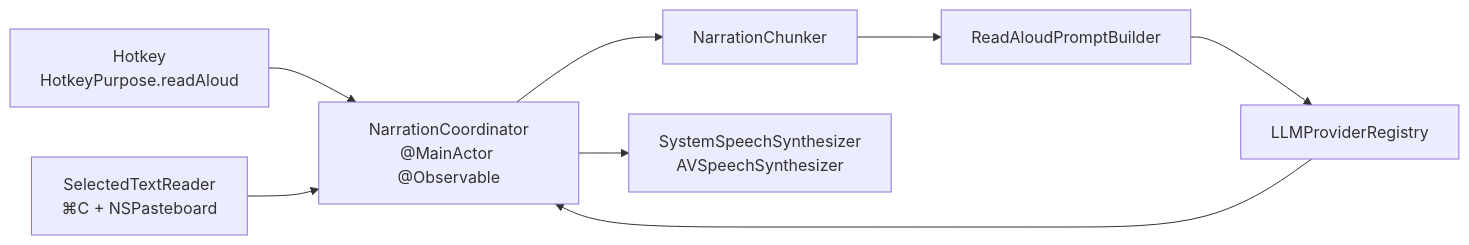
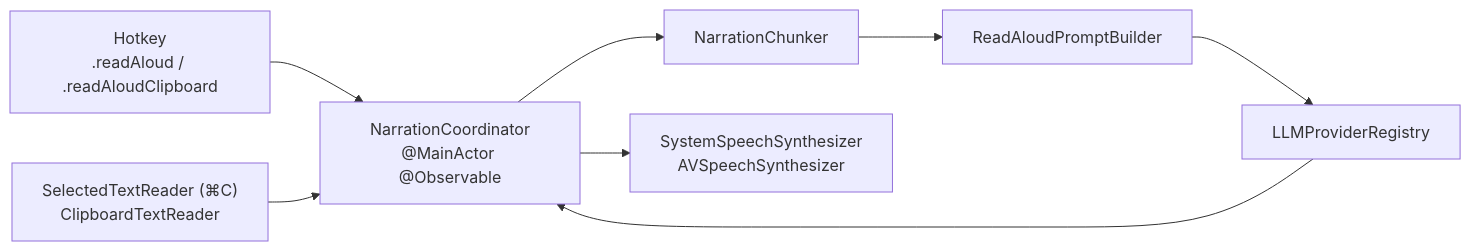
Before and after one commit to KumatoraTiger/voice-input: the third of 3 diagrams in docs/ARCHITECTURE.md, drawn with Mermaid. The commit also changed other lines of this file and 14 other files, not shown here.

````diff
--- a/docs/ARCHITECTURE.md
+++ b/docs/ARCHITECTURE.md
@@ -237,10 +237,10 @@
 ```mermaid
 flowchart LR
-    HK["Hotkey<br/>HotkeyPurpose.readAloud"] --> NC
-    SRC["SelectedTextReader<br/>⌘C + NSPasteboard"] --> NC
+    HK["Hotkey<br/>.readAloud / .readAloudClipboard"] --> NC
+    SRC["SelectedTextReader (⌘C)<br/>ClipboardTextReader"] --> NC
     NC["NarrationCoordinator<br/>@MainActor @Observable"] --> CH["NarrationChunker"]
     CH --> PB["ReadAloudPromptBuilder"]
     PB --> LLM["LLMProviderRegistry"]
     LLM --> NC
     NC --> TTS["SystemSpeechSynthesizer<br/>AVSpeechSynthesizer"]
 ```
````
